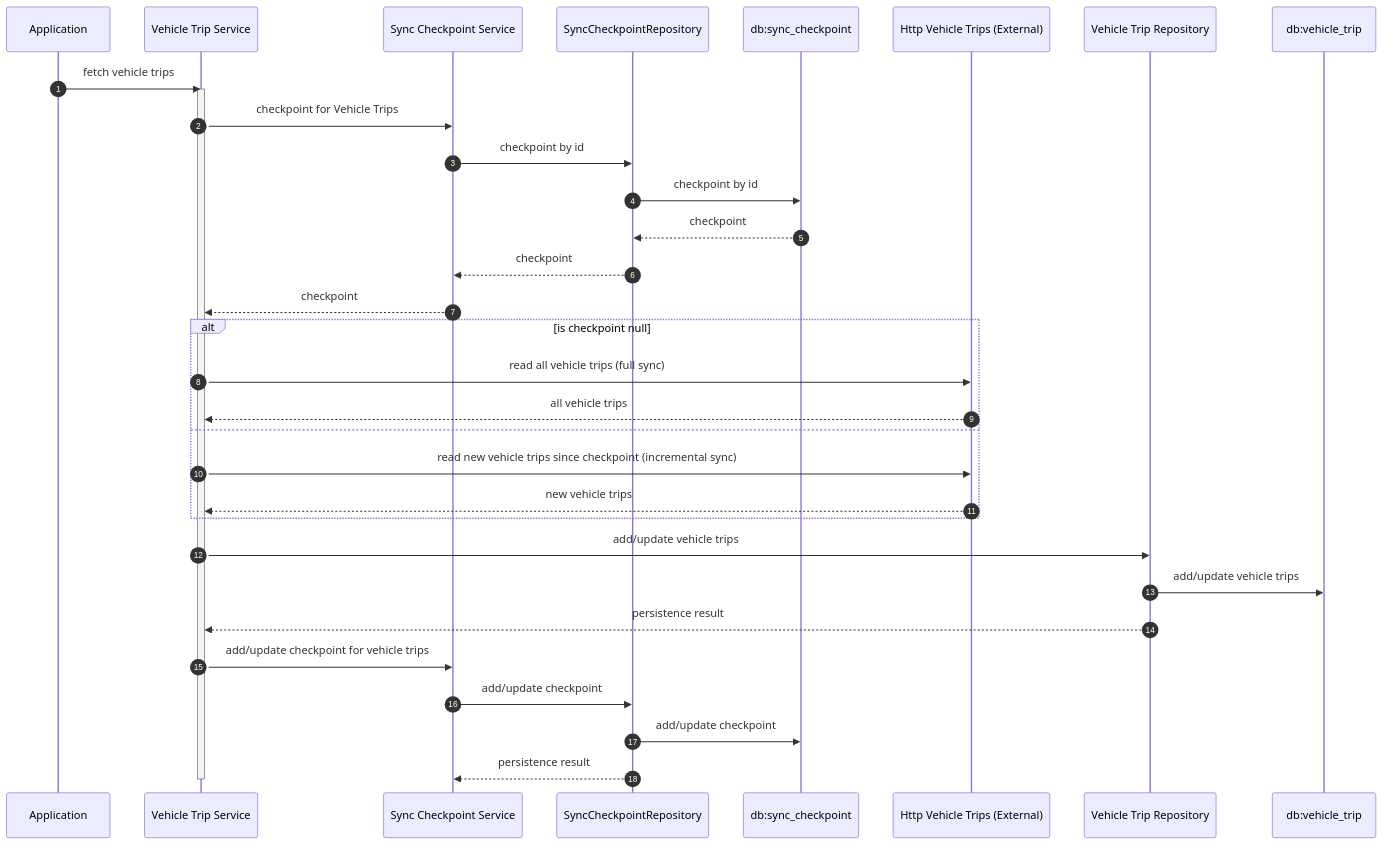
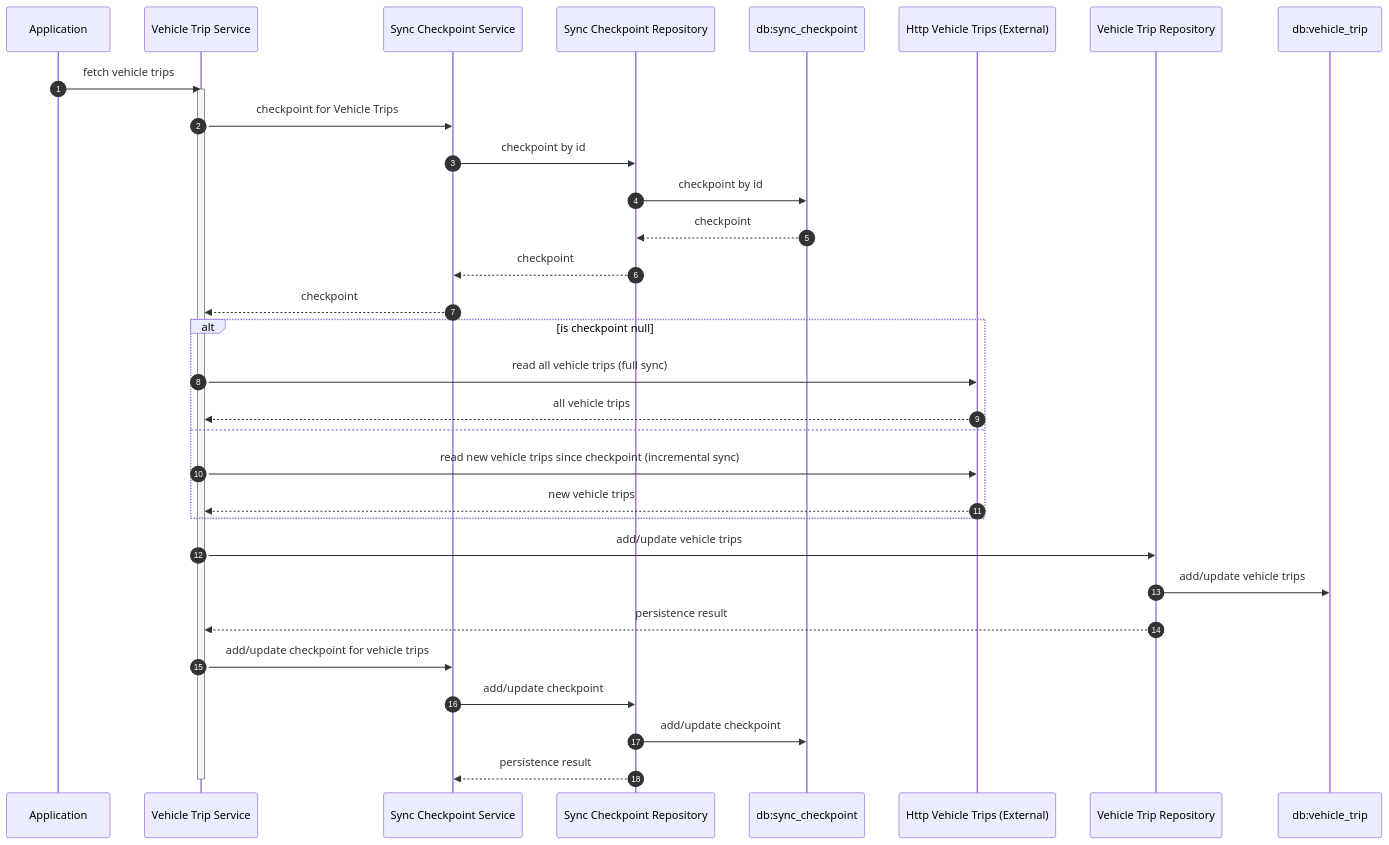
The sixth of 7 diagrams in docs/solution_architecture.md (ismarslomic/cabin-visits-kotlin), drawn with Mermaid before and after one commit. The commit also changed other lines of this file, not shown here.

Commit message:
docs(architecture): add diagram for CheckInOutSensorService

````diff
--- a/docs/solution_architecture.md
+++ b/docs/solution_architecture.md
@@ -197,40 +198,40 @@
 ```mermaid
 sequenceDiagram
     autonumber
     participant Application
     participant VehicleTripService as Vehicle Trip Service
     participant SyncCheckpointService as Sync Checkpoint Service
-    participant SyncCheckpointRepository as SyncCheckpointRepository
+    participant SyncCheckpointRepository as Sync Checkpoint Repository
     participant sync_checkpoint as db:sync_checkpoint
     participant VehicleTrips as Http Vehicle Trips (External)
     participant VehicleTripRepository as Vehicle Trip Repository
     participant vehicleTrip as db:vehicle_trip
     
     Application->>VehicleTripService: fetch vehicle trips
     activate VehicleTripService
     
     VehicleTripService->>SyncCheckpointService: checkpoint for Vehicle Trips
     SyncCheckpointService->>SyncCheckpointRepository: checkpoint by id
     SyncCheckpointRepository->>sync_checkpoint: checkpoint by id
     sync_checkpoint-->>SyncCheckpointRepository: checkpoint
     SyncCheckpointRepository-->>SyncCheckpointService: checkpoint
     SyncCheckpointService-->>VehicleTripService: checkpoint
     
     alt is checkpoint null
         VehicleTripService->>VehicleTrips: read all vehicle trips (full sync)
         VehicleTrips-->>VehicleTripService: all vehicle trips
     else
         VehicleTripService->>VehicleTrips: read new vehicle trips since checkpoint (incremental sync)
         VehicleTrips-->>VehicleTripService: new vehicle trips
     end
     
     VehicleTripService->>VehicleTripRepository: add/update vehicle trips
     VehicleTripRepository->>vehicleTrip: add/update vehicle trips
     VehicleTripRepository-->>VehicleTripService: persistence result
     
     VehicleTripService->>SyncCheckpointService: add/update checkpoint for vehicle trips
     SyncCheckpointService->>SyncCheckpointRepository: add/update checkpoint
     SyncCheckpointRepository->>sync_checkpoint: add/update checkpoint
     SyncCheckpointRepository-->>SyncCheckpointService: persistence result
     deactivate VehicleTripService
 ```
````
